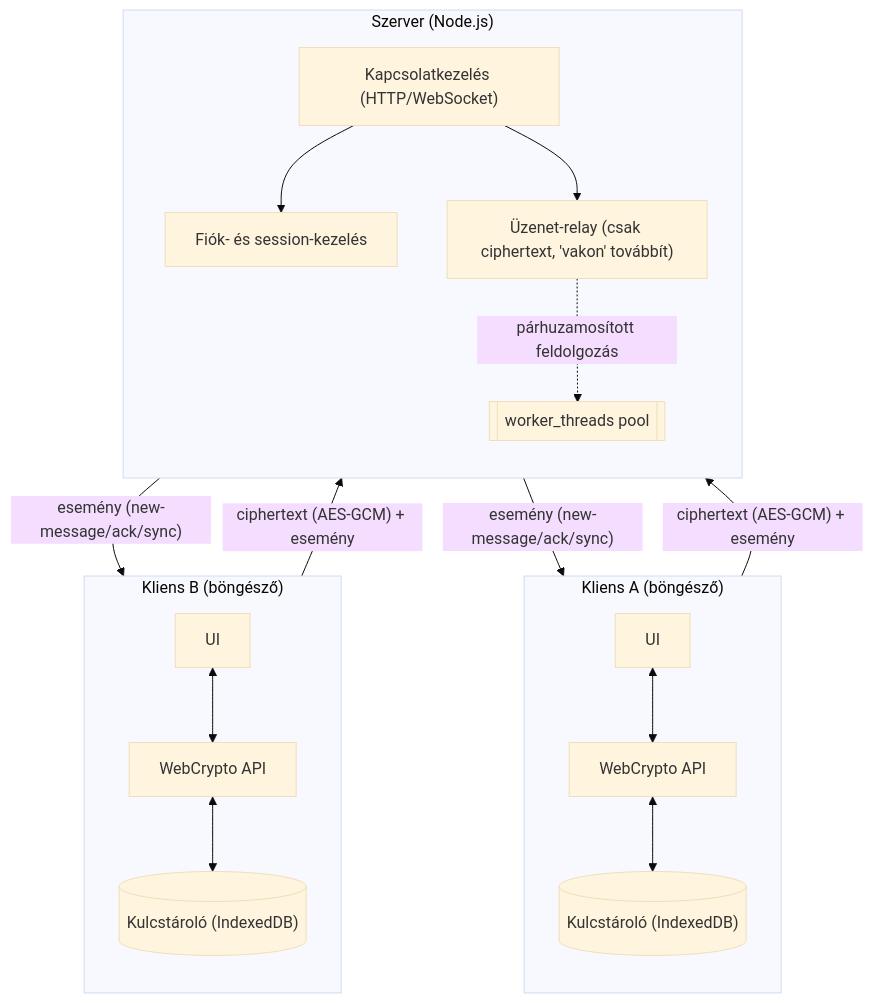
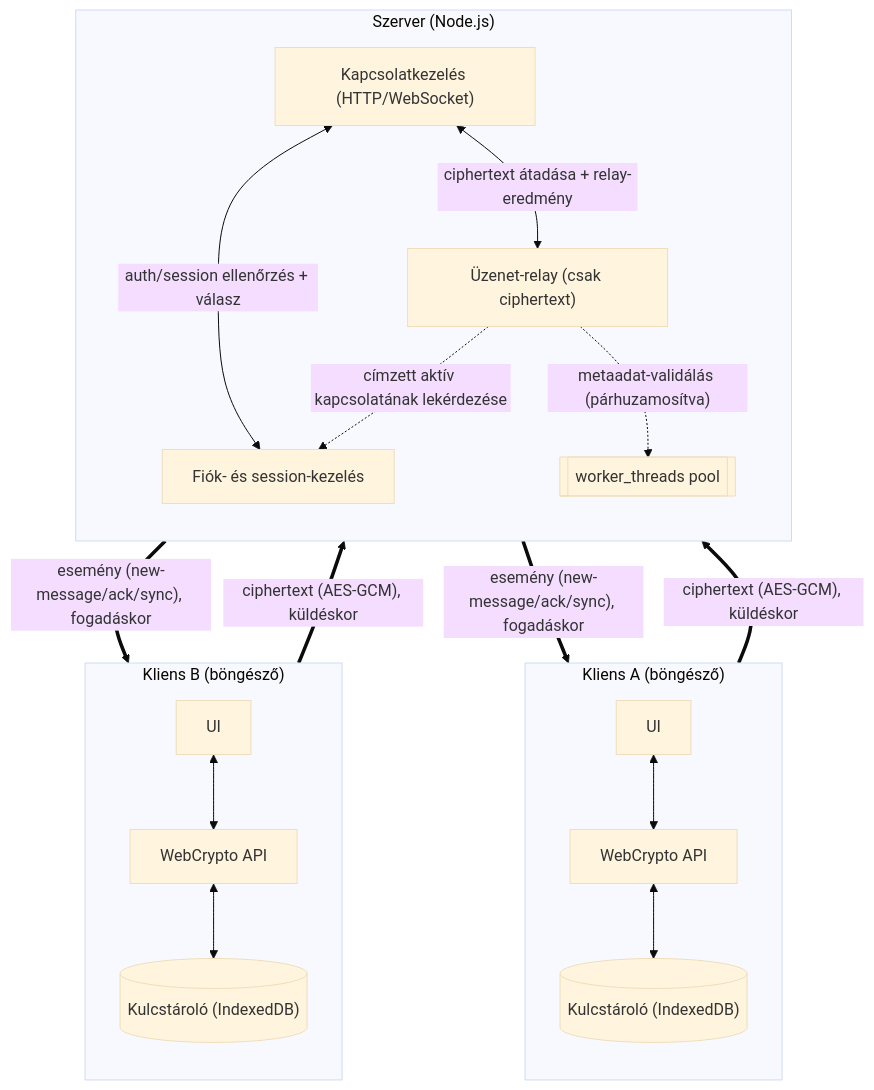
One commit to NDominikViktor/szak_gyak changed the diagram in docs/architecture.md. Above: the diagram before and after it, drawn with Mermaid (base theme). The commit also changed other lines of this file, not shown here.

First line of the commit message:
fix: clarify server-internal arrows and figure references in architecture

````diff
--- a/docs/architecture.md
+++ b/docs/architecture.md
@@ -9,30 +9,31 @@
 ```mermaid
 flowchart TB
     subgraph KA["Kliens A (böngésző)"]
         direction TB
         A_UI["UI"] <--> A_WC["WebCrypto API"]
         A_WC <--> A_KS[("Kulcstároló (IndexedDB)")]
     end
 
     subgraph KB["Kliens B (böngésző)"]
         direction TB
         B_UI["UI"] <--> B_WC["WebCrypto API"]
         B_WC <--> B_KS[("Kulcstároló (IndexedDB)")]
     end
 
     subgraph SZ["Szerver (Node.js)"]
         direction TB
         CONN["Kapcsolatkezelés (HTTP/WebSocket)"]
         ACC["Fiók- és session-kezelés"]
-        RELAY["Üzenet-relay (csak ciphertext, 'vakon' továbbít)"]
+        RELAY["Üzenet-relay (csak ciphertext)"]
         POOL[["worker_threads pool"]]
-        CONN --> ACC
-        CONN --> RELAY
-        RELAY -. párhuzamosított feldolgozás .-> POOL
+        CONN <-- "auth/session ellenőrzés + válasz" --> ACC
+        CONN <-- "ciphertext átadása + relay-eredmény" --> RELAY
+        RELAY -. "címzett aktív kapcsolatának lekérdezése" .-> ACC
+        RELAY -. "metaadat-validálás (párhuzamosítva)" .-> POOL
     end
 
-    A_WC -- "ciphertext (AES-GCM) + esemény" --> CONN
-    CONN -- "esemény (new-message/ack/sync)" --> A_WC
-    B_WC -- "ciphertext (AES-GCM) + esemény" --> CONN
-    CONN -- "esemény (new-message/ack/sync)" --> B_WC
+    A_WC == "ciphertext (AES-GCM), küldéskor" ==> CONN
+    CONN == "esemény (new-message/ack/sync), fogadáskor" ==> A_WC
+    B_WC == "ciphertext (AES-GCM), küldéskor" ==> CONN
+    CONN == "esemény (new-message/ack/sync), fogadáskor" ==> B_WC
 ```
````
